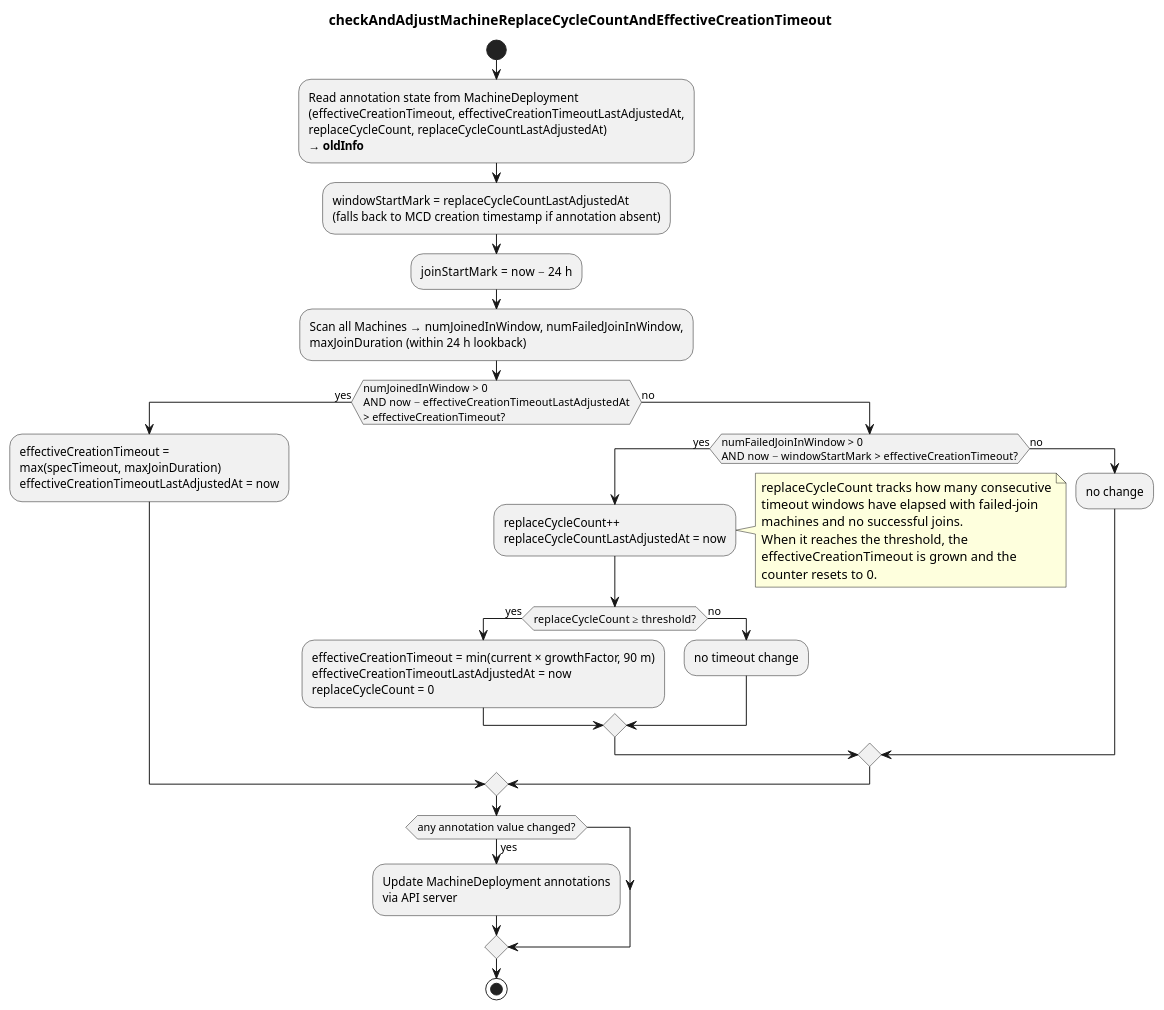
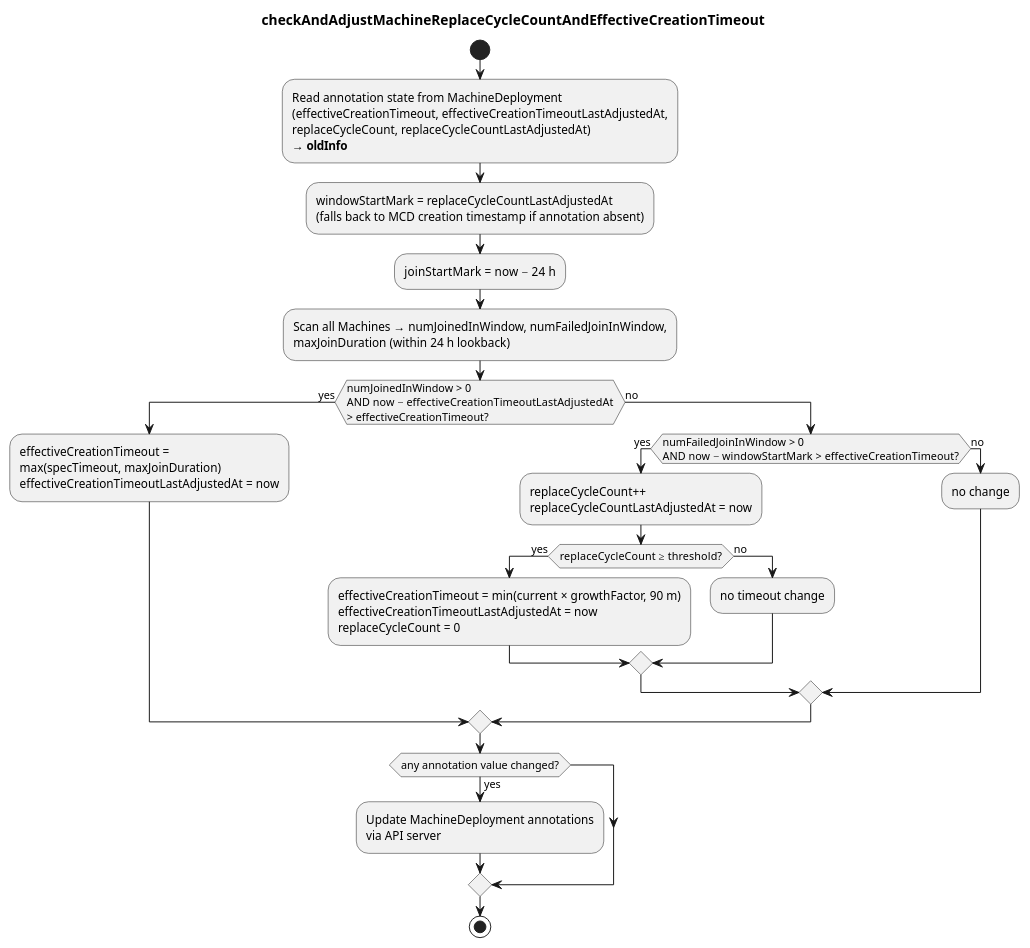
Before and after one commit to gardener/machine-controller-manager: the diagram in docs/images/adjust-effective-creation-timeout.puml, drawn with PlantUML. The commit also changed 5 other files, not shown here.

```diff
--- a/docs/images/adjust-effective-creation-timeout.puml
+++ b/docs/images/adjust-effective-creation-timeout.puml
@@ -1,41 +1,33 @@
 @startuml
 title checkAndAdjustMachineReplaceCycleCountAndEffectiveCreationTimeout
 
 start
 
 :Read annotation state from MachineDeployment\n(effectiveCreationTimeout, effectiveCreationTimeoutLastAdjustedAt,\nreplaceCycleCount, replaceCycleCountLastAdjustedAt)\n**→ oldInfo**;
 
 :windowStartMark = replaceCycleCountLastAdjustedAt\n(falls back to MCD creation timestamp if annotation absent);
 :joinStartMark = now − 24 h;
 :Scan all Machines → numJoinedInWindow, numFailedJoinInWindow,\nmaxJoinDuration (within 24 h lookback);
 
 if (numJoinedInWindow > 0\nAND now − effectiveCreationTimeoutLastAdjustedAt\n> effectiveCreationTimeout?) then (yes)
   :effectiveCreationTimeout =\nmax(specTimeout, maxJoinDuration)\neffectiveCreationTimeoutLastAdjustedAt = now;
 else (no)
   if (numFailedJoinInWindow > 0\nAND now − windowStartMark > effectiveCreationTimeout?) then (yes)
     :replaceCycleCount++\nreplaceCycleCountLastAdjustedAt = now;
-    note right
-      replaceCycleCount tracks how many consecutive
-      timeout windows have elapsed with failed-join
-      machines and no successful joins.
-      When it reaches the threshold, the
-      effectiveCreationTimeout is grown and the
-      counter resets to 0.
-    end note
     if (replaceCycleCount ≥ threshold?) then (yes)
       :effectiveCreationTimeout = min(current × growthFactor, 90 m)\neffectiveCreationTimeoutLastAdjustedAt = now\nreplaceCycleCount = 0;
     else (no)
       :no timeout change;
     endif
   else (no)
     :no change;
   endif
 endif
 
 if (any annotation value changed?) then (yes)
   :Update MachineDeployment annotations\nvia API server;
 endif
 
 stop
 
 @enduml
```
